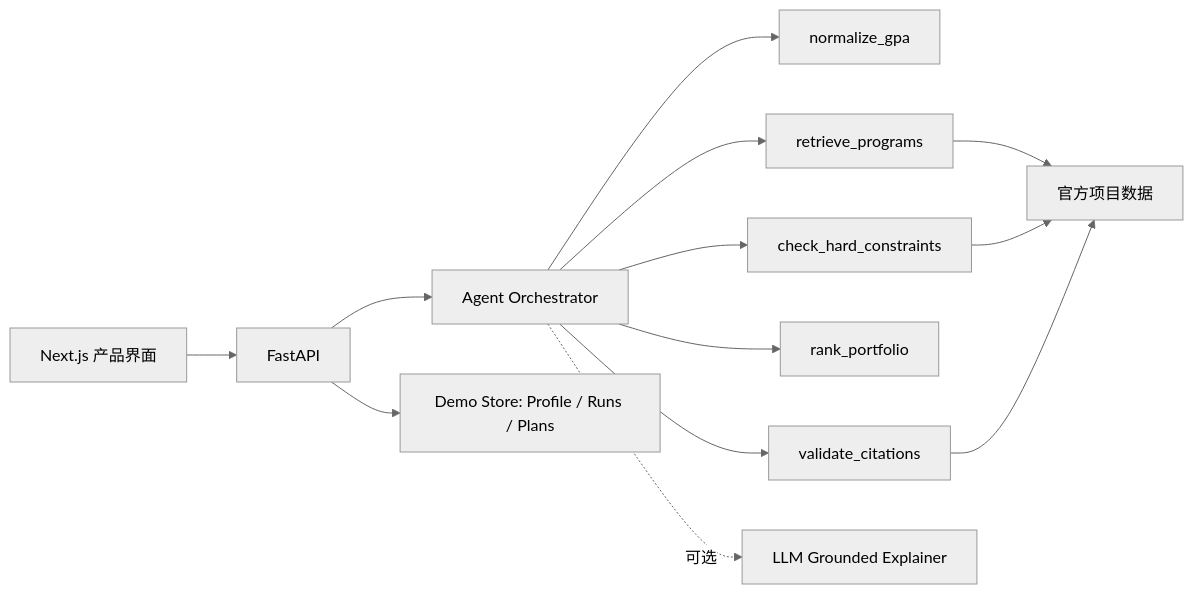
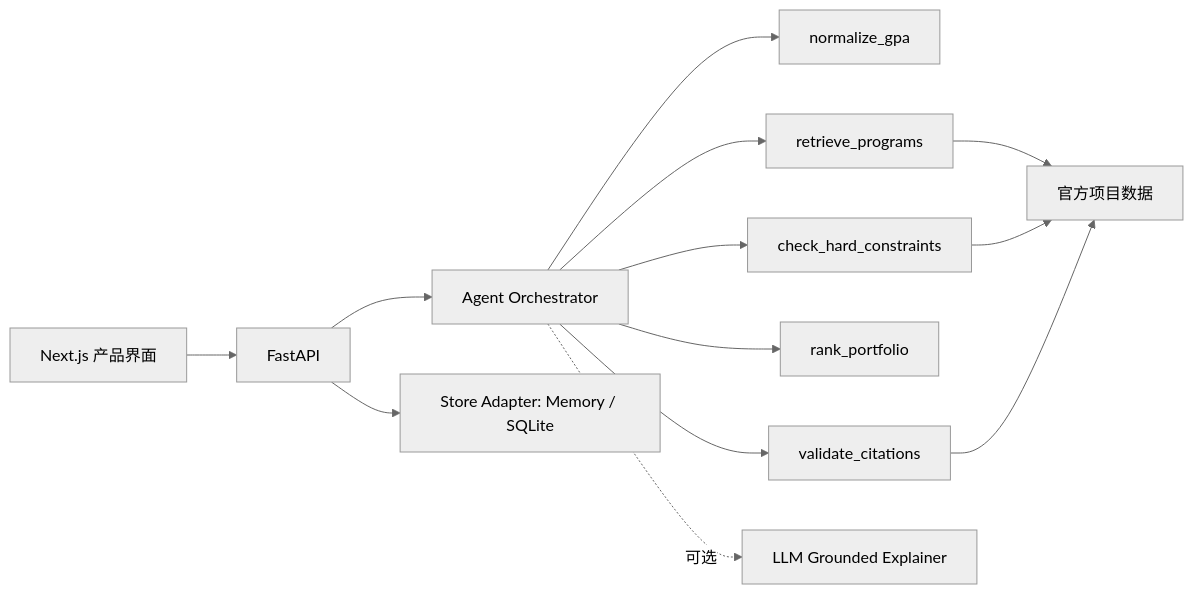
One commit to MortyYJT/offerpilot changed the diagram in README.md. Above: the diagram before and after it, drawn with Mermaid (neutral theme). The commit also changed other lines of this file and 4 other files, not shown here.

````diff
--- a/README.md
+++ b/README.md
@@ -24,15 +24,15 @@
 ```mermaid
 flowchart LR
     UI[Next.js 产品界面] --> API[FastAPI]
     API --> ORCH[Agent Orchestrator]
     ORCH --> GPA[normalize_gpa]
     ORCH --> RET[retrieve_programs]
     ORCH --> RULES[check_hard_constraints]
     ORCH --> RANK[rank_portfolio]
     ORCH --> CITE[validate_citations]
     RET --> DATA[官方项目数据]
     RULES --> DATA
     CITE --> DATA
     ORCH -. 可选 .-> LLM[LLM Grounded Explainer]
-    API --> STORE[Demo Store: Profile / Runs / Plans]
+    API --> STORE[Store Adapter: Memory / SQLite]
 ```
````
